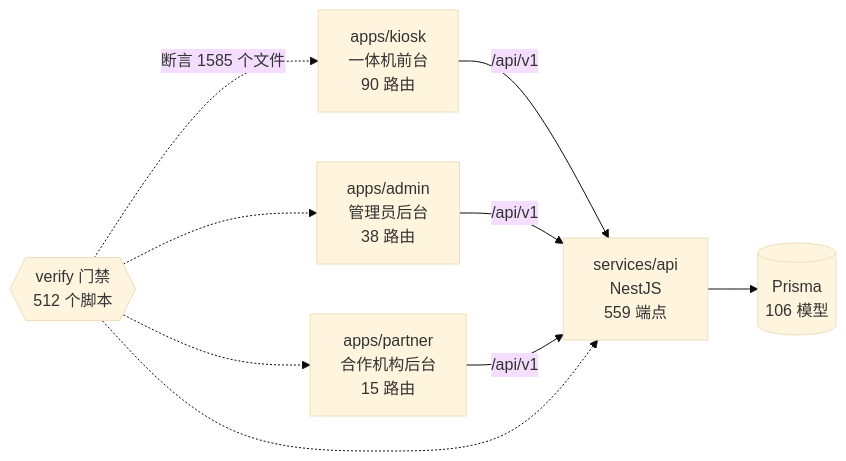
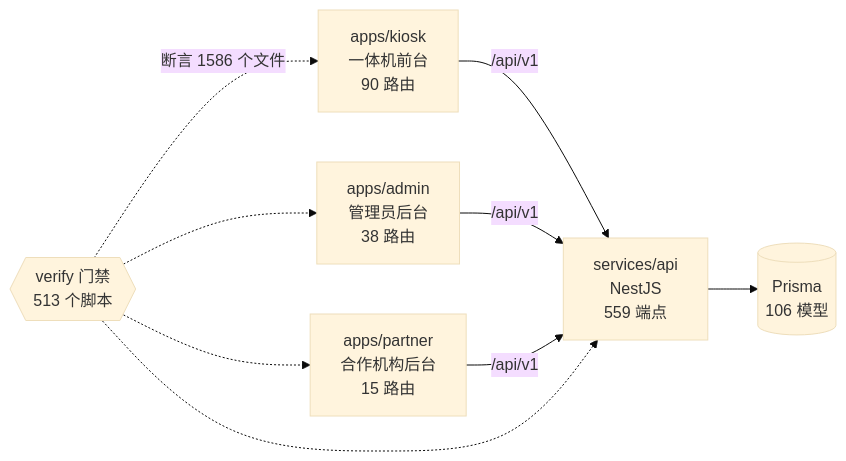
One commit to wanglei581/YITIJI changed the diagram in docs/graph/README.md. Above: the diagram before and after it, drawn with Mermaid (base theme). The commit also changed other lines of this file and 9 other files, not shown here.

````diff
--- a/docs/graph/README.md
+++ b/docs/graph/README.md
@@ -68,18 +68,18 @@
 ```mermaid
 flowchart LR
   kiosk["apps/kiosk<br/>一体机前台<br/>90 路由"]
   admin["apps/admin<br/>管理员后台<br/>38 路由"]
   partner["apps/partner<br/>合作机构后台<br/>15 路由"]
   api["services/api<br/>NestJS<br/>559 端点"]
   db[("Prisma<br/>106 模型")]
-  gates{{"verify 门禁<br/>512 个脚本"}}
+  gates{{"verify 门禁<br/>513 个脚本"}}
 
   kiosk -->|"/api/v1"| api
   admin -->|"/api/v1"| api
   partner -->|"/api/v1"| api
   api --> db
-  gates -.->|"断言 1585 个文件"| kiosk
+  gates -.->|"断言 1586 个文件"| kiosk
   gates -.-> admin
   gates -.-> partner
   gates -.-> api
 ```
````
